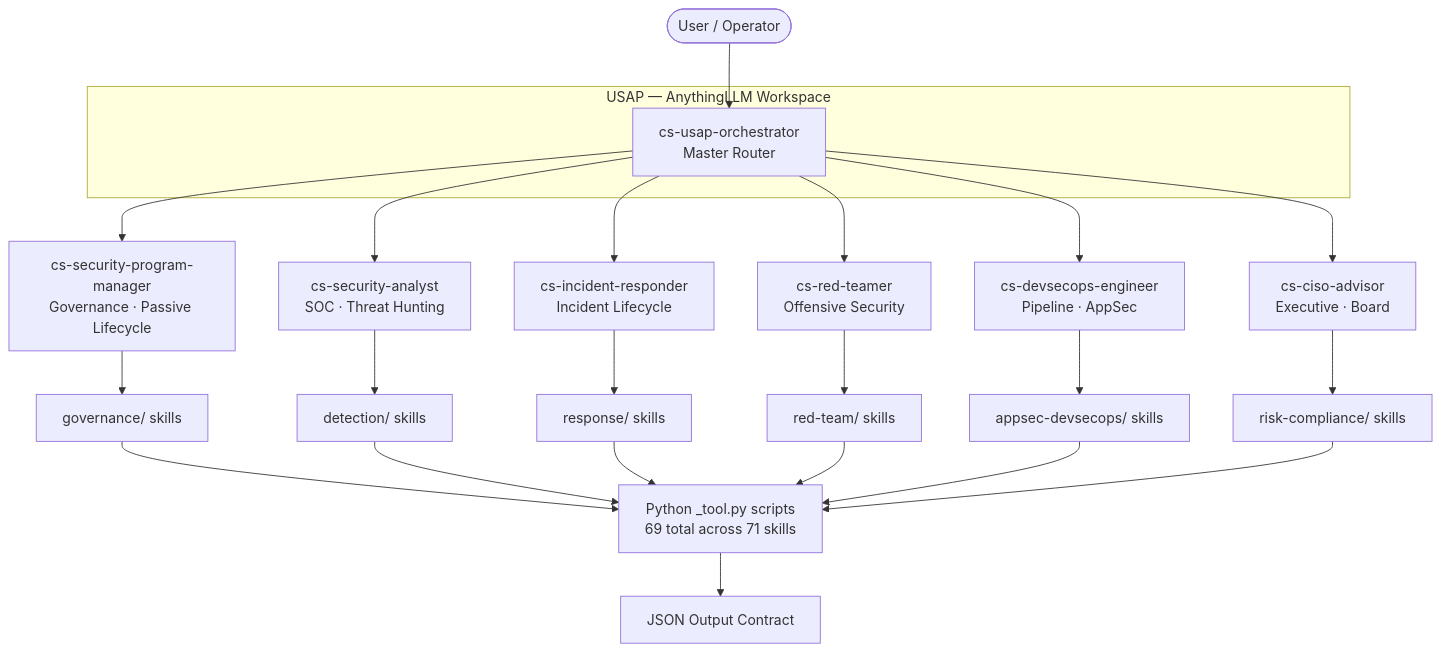
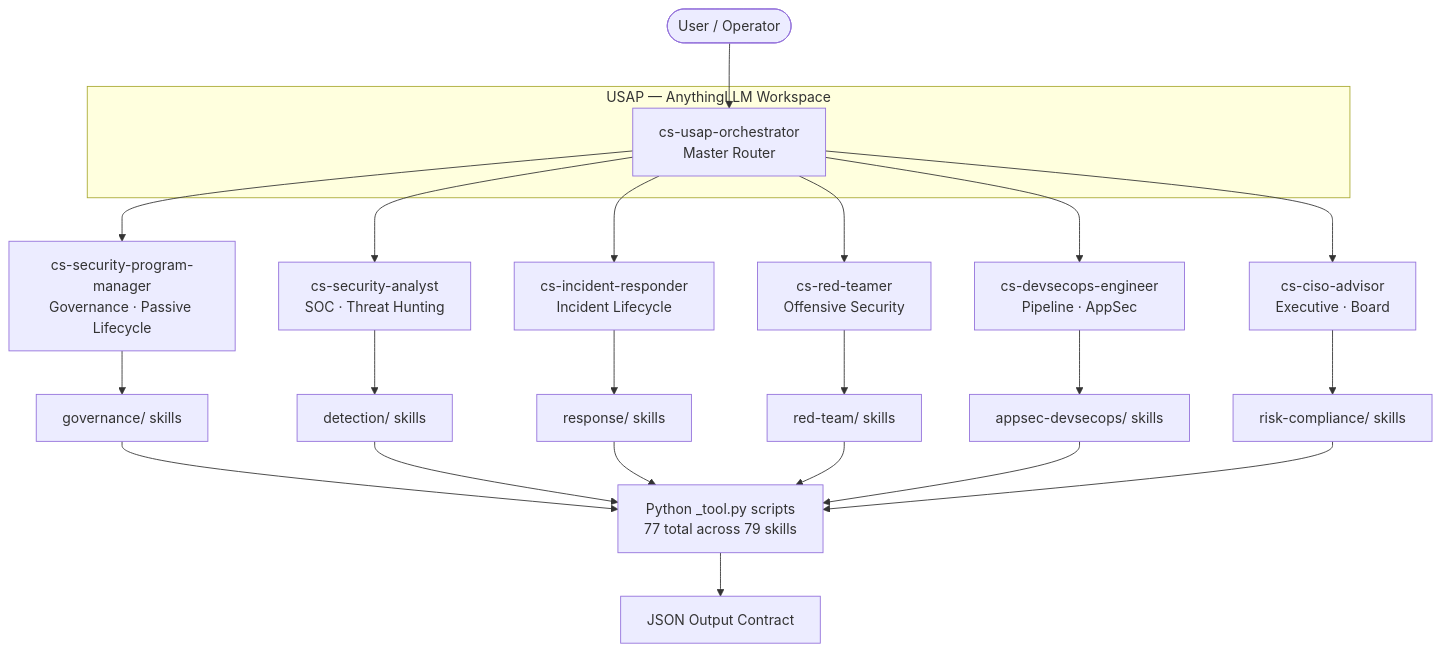
One commit to jaskaranhundal/usap-skills changed the first of 12 diagrams in docs/TECHNICAL_REFERENCE.md. Above: the diagram before and after it, drawn with Mermaid. The commit also changed other lines of this file and 7 other files, not shown here.

````diff
--- a/docs/TECHNICAL_REFERENCE.md
+++ b/docs/TECHNICAL_REFERENCE.md
@@ -44,25 +44,25 @@
 ```mermaid
 graph TB
     User([User / Operator]) --> ORCH
 
     subgraph USAP["USAP — AnythingLLM Workspace"]
         ORCH[cs-usap-orchestrator<br/>Master Router]
     end
 
     ORCH --> PM[cs-security-program-manager<br/>Governance · Passive Lifecycle]
     ORCH --> SA[cs-security-analyst<br/>SOC · Threat Hunting]
     ORCH --> IR[cs-incident-responder<br/>Incident Lifecycle]
     ORCH --> RT[cs-red-teamer<br/>Offensive Security]
     ORCH --> DE[cs-devsecops-engineer<br/>Pipeline · AppSec]
     ORCH --> CA[cs-ciso-advisor<br/>Executive · Board]
 
     PM --> G[governance/ skills]
     SA --> D[detection/ skills]
     IR --> R[response/ skills]
     RT --> T[red-team/ skills]
     DE --> A[appsec-devsecops/ skills]
     CA --> RC[risk-compliance/ skills]
 
-    G & D & R & T & A & RC --> TOOLS[Python _tool.py scripts<br/>69 total across 71 skills]
+    G & D & R & T & A & RC --> TOOLS[Python _tool.py scripts<br/>77 total across 79 skills]
     TOOLS --> OUTPUT[JSON Output Contract]
 ```
````
